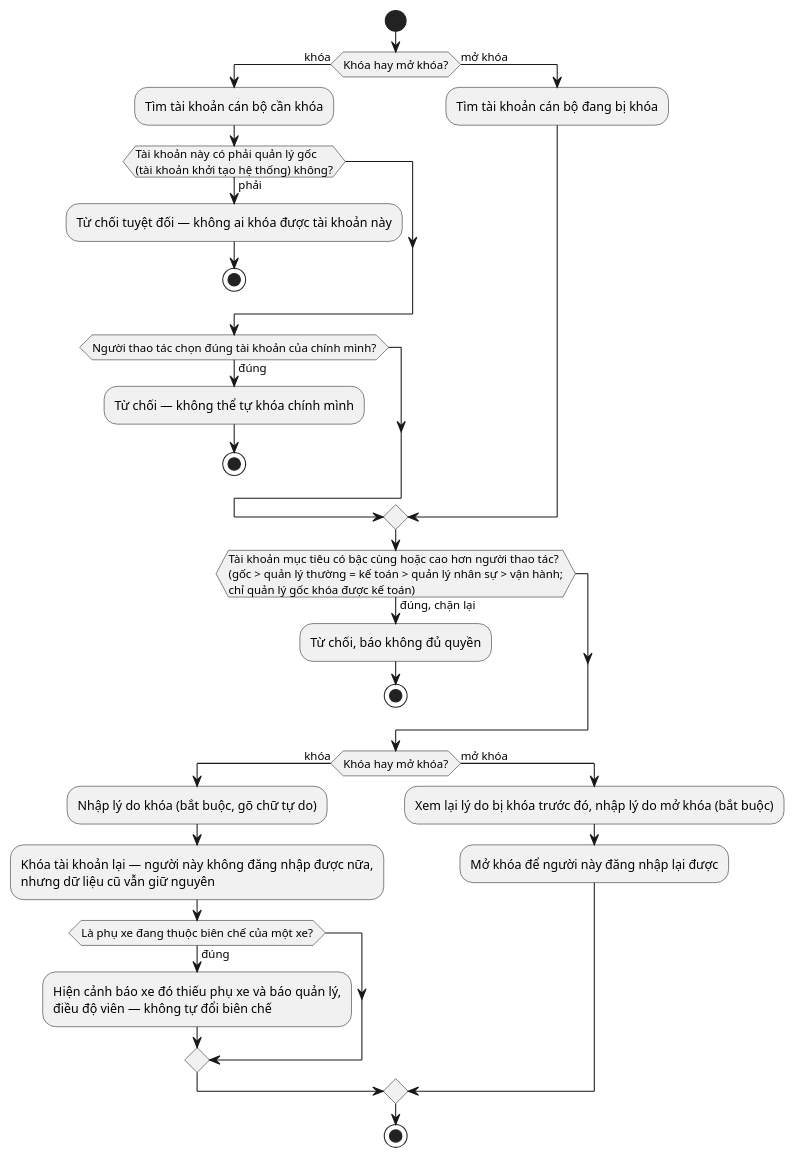
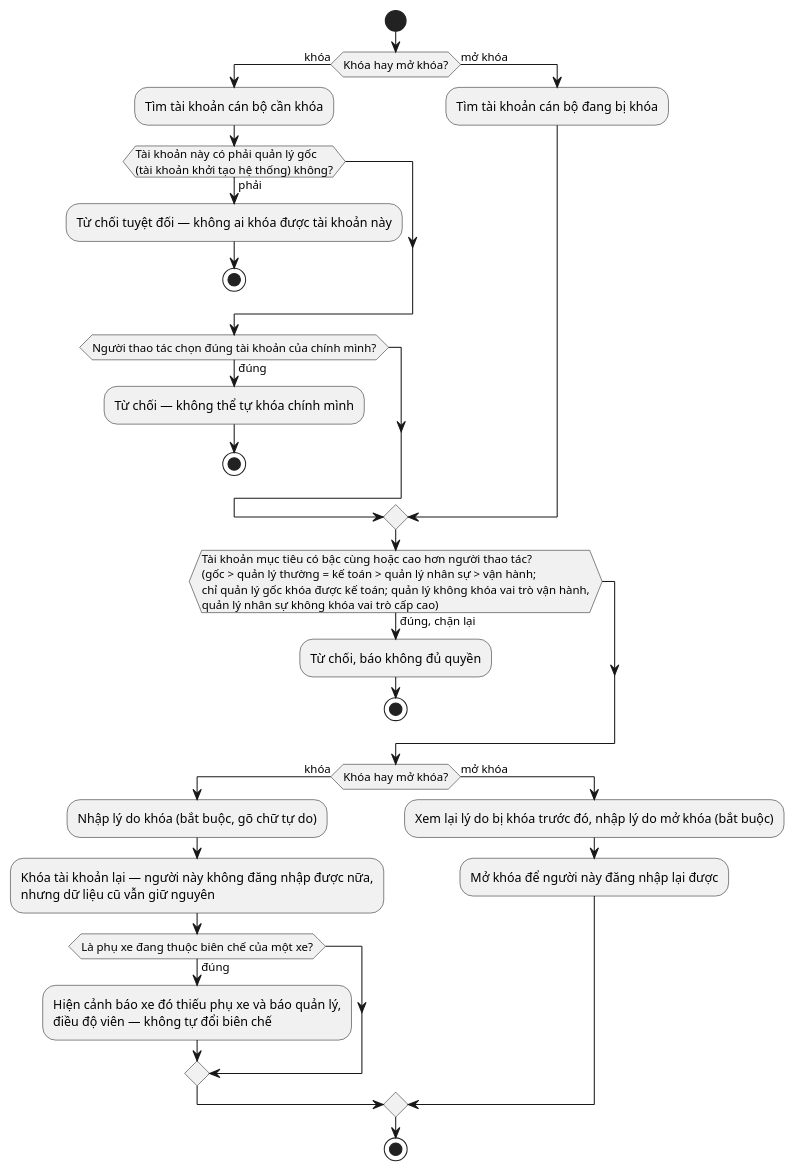
One commit to nguyenvietanhit19/Project1_HeThongQuanLyNhaXeKhachLienTinh changed diagram 47 of 53 in UML_DIAGRAMS.md. Above: the diagram before and after it, drawn with PlantUML. The commit also changed other lines of this file and 5 other files, not shown here.

````diff
--- a/UML_DIAGRAMS.md
+++ b/UML_DIAGRAMS.md
@@ -1350,33 +1348,33 @@
 ```plantuml
 @startuml AD_UC37_KhoaMoKhoa
 start
 if (Khóa hay mở khóa?) then (khóa)
   :Tìm tài khoản cán bộ cần khóa;
   if (Tài khoản này có phải quản lý gốc\n(tài khoản khởi tạo hệ thống) không?) then (phải)
     :Từ chối tuyệt đối — không ai khóa được tài khoản này;
     stop
   endif
   if (Người thao tác chọn đúng tài khoản của chính mình?) then (đúng)
     :Từ chối — không thể tự khóa chính mình;
     stop
   endif
 else (mở khóa)
   :Tìm tài khoản cán bộ đang bị khóa;
 endif
-if (Tài khoản mục tiêu có bậc cùng hoặc cao hơn người thao tác?\n(gốc > quản lý thường = kế toán > quản lý nhân sự > vận hành;\nchỉ quản lý gốc khóa được kế toán)) then (đúng, chặn lại)
+if (Tài khoản mục tiêu có bậc cùng hoặc cao hơn người thao tác?\n(gốc > quản lý thường = kế toán > quản lý nhân sự > vận hành;\nchỉ quản lý gốc khóa được kế toán; quản lý không khóa vai trò vận hành,\nquản lý nhân sự không khóa vai trò cấp cao)) then (đúng, chặn lại)
   :Từ chối, báo không đủ quyền;
   stop
 endif
 if (Khóa hay mở khóa?) then (khóa)
   :Nhập lý do khóa (bắt buộc, gõ chữ tự do);
   :Khóa tài khoản lại — người này không đăng nhập được nữa,\nnhưng dữ liệu cũ vẫn giữ nguyên;
   if (Là phụ xe đang thuộc biên chế của một xe?) then (đúng)
     :Hiện cảnh báo xe đó thiếu phụ xe và báo quản lý,\nđiều độ viên — không tự đổi biên chế;
   endif
 else (mở khóa)
   :Xem lại lý do bị khóa trước đó, nhập lý do mở khóa (bắt buộc);
   :Mở khóa để người này đăng nhập lại được;
 endif
 stop
 @enduml
 ```
````
